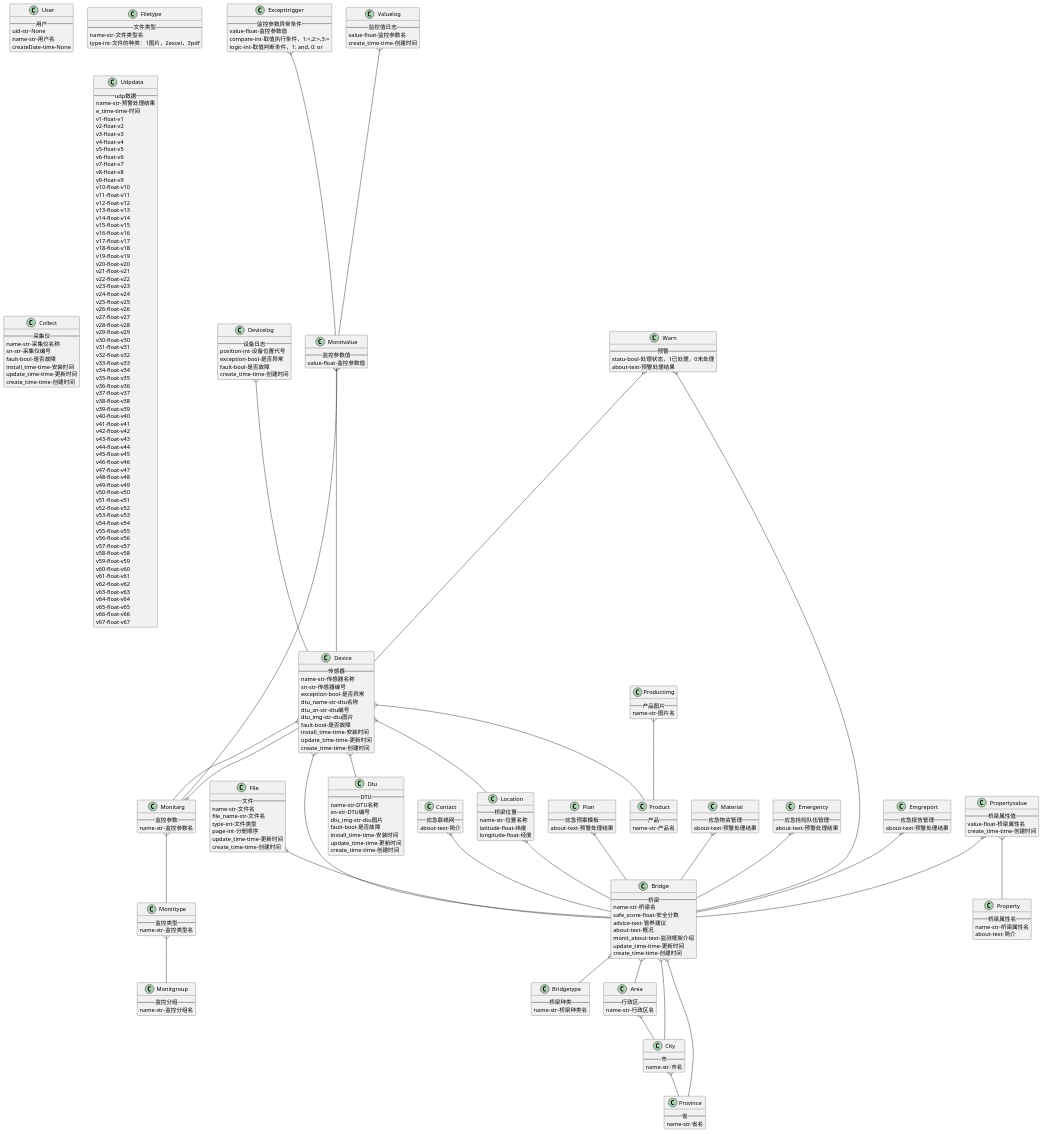
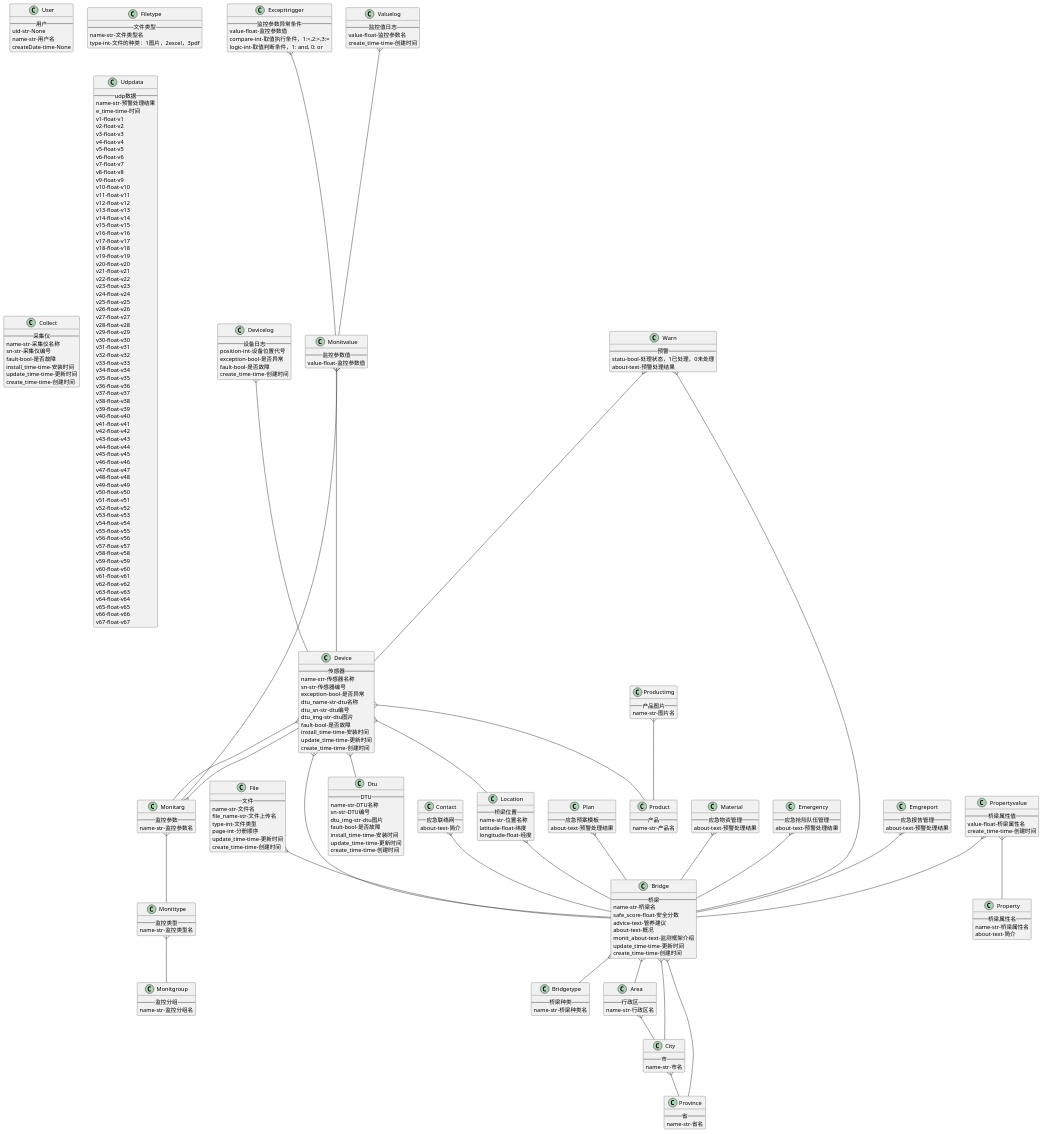
The diagram in 表结构.plantuml (drgonn/doc), drawn with PlantUML before and after one commit. The commit also changed 10 other files, not shown here.

```diff
--- a/表结构.plantuml
+++ b/表结构.plantuml
@@ -57,7 +57,7 @@
 Class File {
 	--文件--
 	name-str-文件名
-	file_name-str-文件名
+	file_name-str-文件上传名
 	type-int-文件类型
 	page-int-分册顺序
 	update_time-time-更新时间
```
